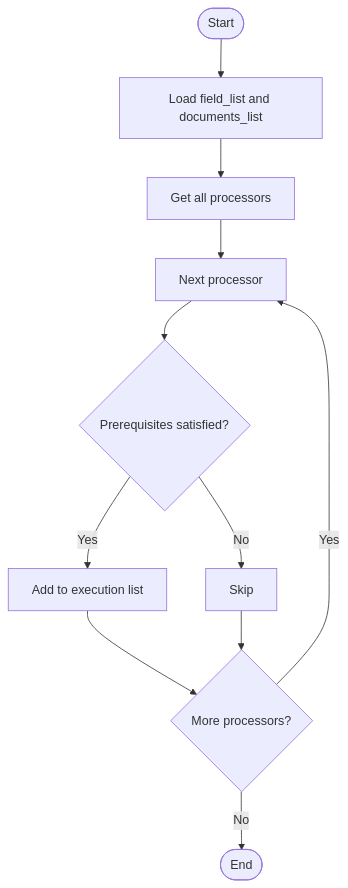
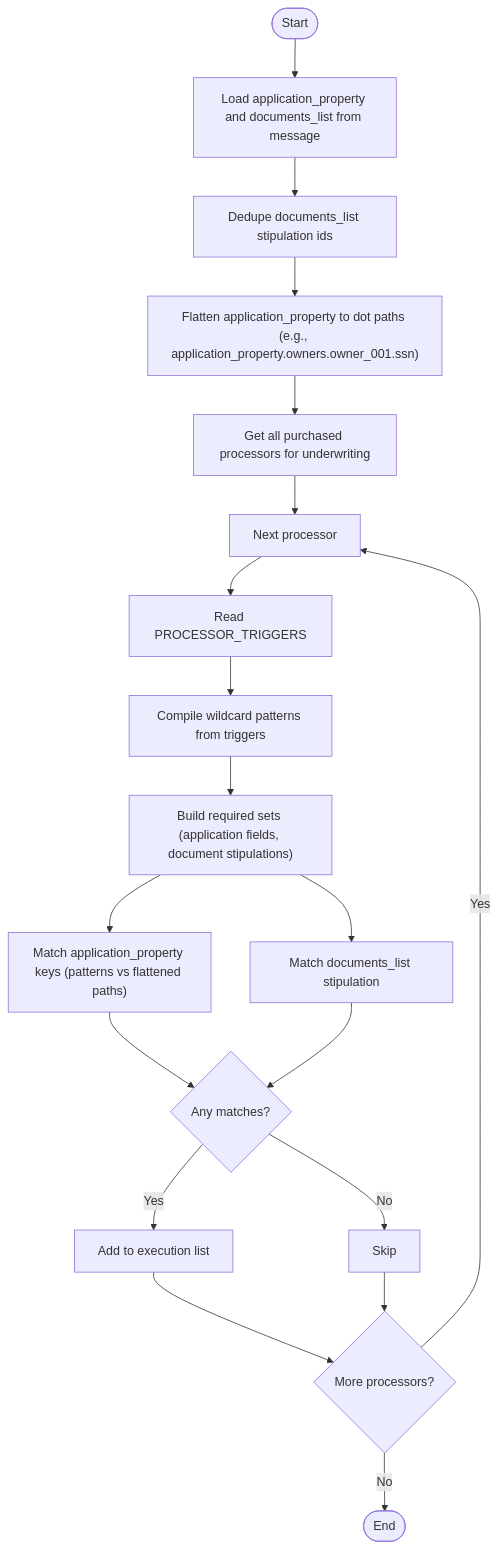
Before and after one commit to joowd-k9/clear-api-test: the second of 2 diagrams in docs/processing_engine/processor_orchestrator.md, drawn with Mermaid. The commit also changed other lines of this file and 1 other file, not shown here.

````diff
--- a/docs/processing_engine/processor_orchestrator.md
+++ b/docs/processing_engine/processor_orchestrator.md
@@ -49,24 +56,39 @@
 ```mermaid
   graph TD
      START([Start])
-     A[Load field_list and documents_list]
-     B[Get all processors]
+     A[Load application_property and documents_list from message]
+     N["Dedupe documents_list stipulation ids"]
+     F1["Flatten application_property to dot paths (e.g., application_property.owners.owner_001.ssn)"]
+     B[Get all purchased processors for underwriting]
      C[Next processor]
-     D{Prerequisites satisfied?}
-     E[Add to execution list]
-     F[Skip]
+     T[Read PROCESSOR_TRIGGERS]
+     P[Compile wildcard patterns from triggers]
+     R["Build required sets (application fields, document stipulations)"]
+     MA["Match application_property keys (patterns vs flattened paths)"]
+     MS[Match documents_list stipulation]
+     ANY{Any matches?}
+     E["Add to execution list"]
+     F["Skip"]
      G{More processors?}
      END([End])
 
      START --> A
-     A --> B
+     A --> N
+     N --> F1
+     F1 --> B
      B --> C
-     C --> D
-     D -->|Yes| E
-     D -->|No| F
+     C --> T
+     T --> P
+     P --> R
+     R --> MA
+     R --> MS
+     MA --> ANY
+     MS --> ANY
+     ANY -->|Yes| E
+     ANY -->|No| F
      E --> G
      F --> G
      G -->|Yes| C
      G -->|No| END
 
 ```
````
